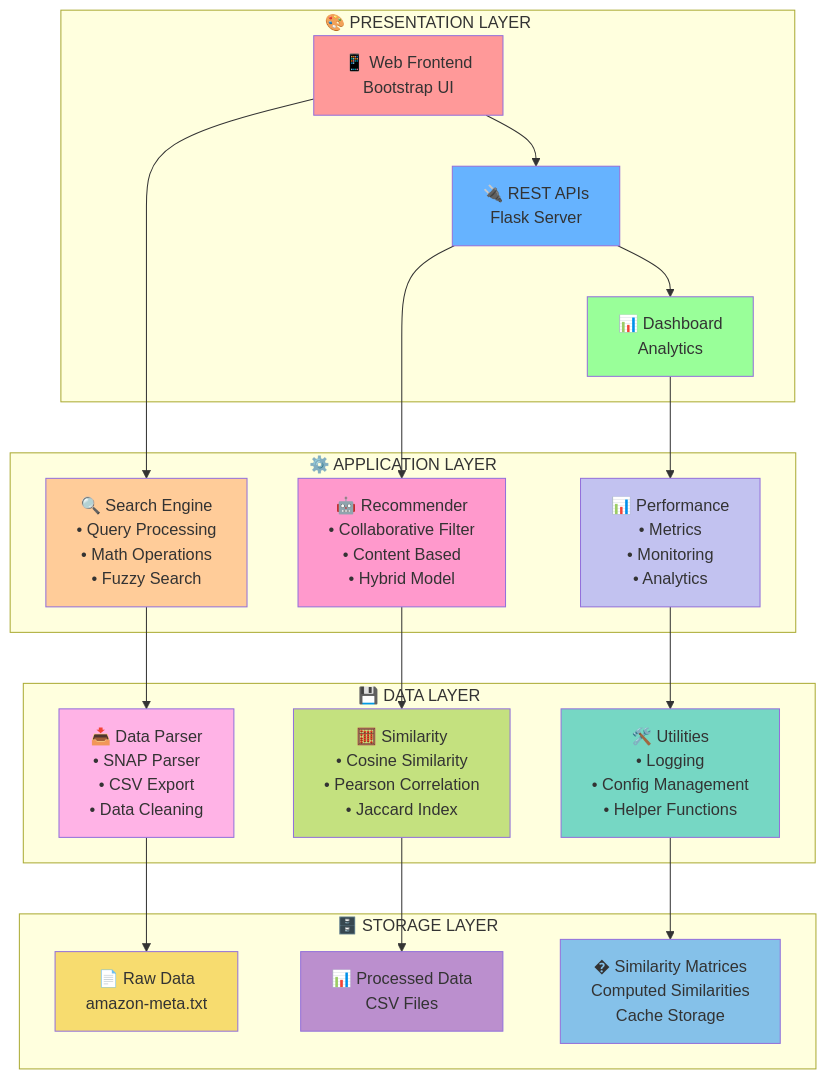
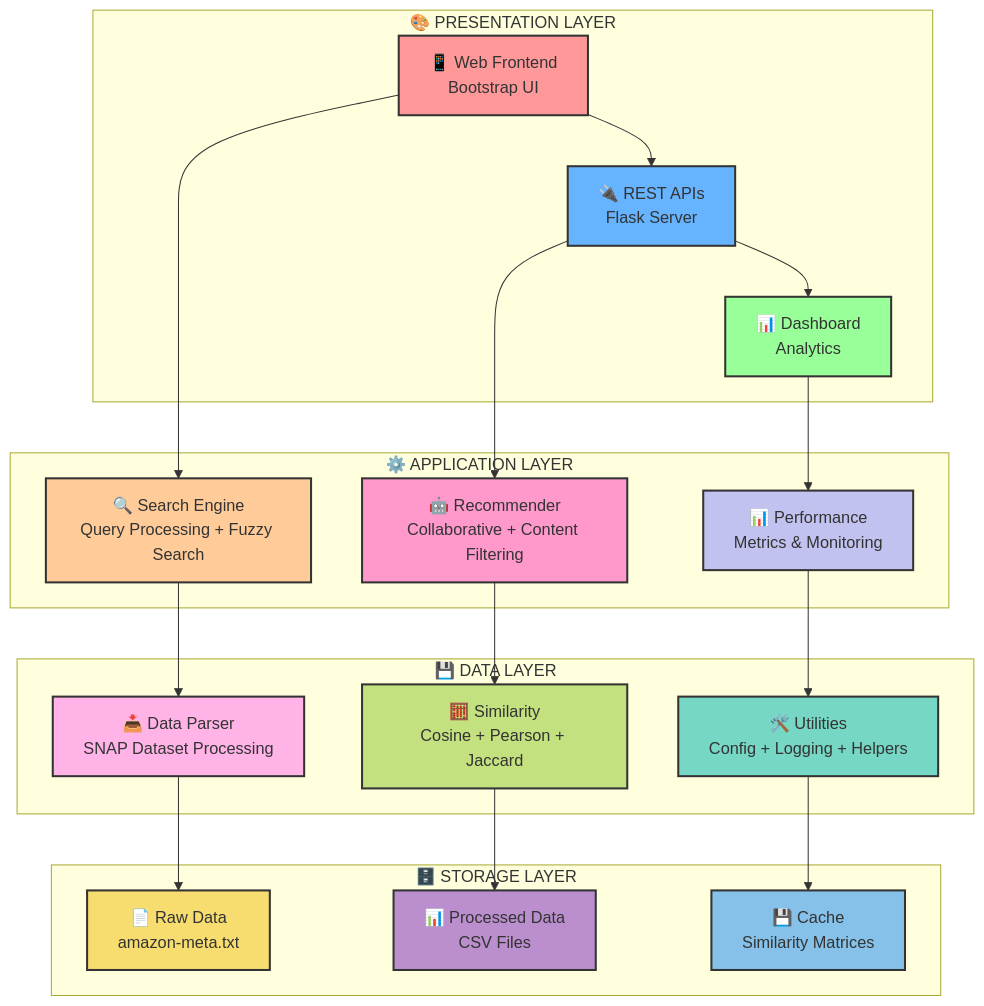
The first of 2 diagrams in README.md (Syam-1133/Amazon-Recommender-System), drawn with Mermaid before and after one commit. The commit also changed other lines of this file and 4 other files, not shown here.

````diff
--- a/README.md
+++ b/README.md
@@ -100,51 +100,51 @@
 ```mermaid
 graph TB
     subgraph "🎨 PRESENTATION LAYER"
         A[📱 Web Frontend<br/>Bootstrap UI]
         B[🔌 REST APIs<br/>Flask Server]
         C[📊 Dashboard<br/>Analytics]
     end
     
     subgraph "⚙️ APPLICATION LAYER"
-        D[🔍 Search Engine<br/>• Query Processing<br/>• Math Operations<br/>• Fuzzy Search]
-        E[🤖 Recommender<br/>• Collaborative Filter<br/>• Content Based<br/>• Hybrid Model]
-        F[📊 Performance<br/>• Metrics<br/>• Monitoring<br/>• Analytics]
+        D[🔍 Search Engine<br/>Query Processing + Fuzzy Search]
+        E[🤖 Recommender<br/>Collaborative + Content Filtering]
+        F[📊 Performance<br/>Metrics & Monitoring]
     end
     
     subgraph "💾 DATA LAYER"
-        G[📥 Data Parser<br/>• SNAP Parser<br/>• CSV Export<br/>• Data Cleaning]
-        H[🧮 Similarity<br/>• Cosine Similarity<br/>• Pearson Correlation<br/>• Jaccard Index]
-        I[🛠️ Utilities<br/>• Logging<br/>• Config Management<br/>• Helper Functions]
+        G[📥 Data Parser<br/>SNAP Dataset Processing]
+        H[🧮 Similarity<br/>Cosine + Pearson + Jaccard]
+        I[🛠️ Utilities<br/>Config + Logging + Helpers]
     end
     
     subgraph "🗄️ STORAGE LAYER"
         J[📄 Raw Data<br/>amazon-meta.txt]
         K[📊 Processed Data<br/>CSV Files]
-        L[� Similarity Matrices<br/>Computed Similarities<br/>Cache Storage]
+        L[💾 Cache<br/>Similarity Matrices]
     end
     
     A --> B
     B --> C
     A --> D
     B --> E
     C --> F
     D --> G
     E --> H
     F --> I
     G --> J
     H --> K
     I --> L
     
-    style A fill:#ff9999
-    style B fill:#66b3ff
-    style C fill:#99ff99
-    style D fill:#ffcc99
-    style E fill:#ff99cc
-    style F fill:#c2c2f0
-    style G fill:#ffb3e6
-    style H fill:#c4e17f
-    style I fill:#76d7c4
-    style J fill:#f7dc6f
-    style K fill:#bb8fce
-    style L fill:#85c1e9
+    style A fill:#ff9999,stroke:#333,stroke-width:2px
+    style B fill:#66b3ff,stroke:#333,stroke-width:2px
+    style C fill:#99ff99,stroke:#333,stroke-width:2px
+    style D fill:#ffcc99,stroke:#333,stroke-width:2px
+    style E fill:#ff99cc,stroke:#333,stroke-width:2px
+    style F fill:#c2c2f0,stroke:#333,stroke-width:2px
+    style G fill:#ffb3e6,stroke:#333,stroke-width:2px
+    style H fill:#c4e17f,stroke:#333,stroke-width:2px
+    style I fill:#76d7c4,stroke:#333,stroke-width:2px
+    style J fill:#f7dc6f,stroke:#333,stroke-width:2px
+    style K fill:#bb8fce,stroke:#333,stroke-width:2px
+    style L fill:#85c1e9,stroke:#333,stroke-width:2px
 ```
````
